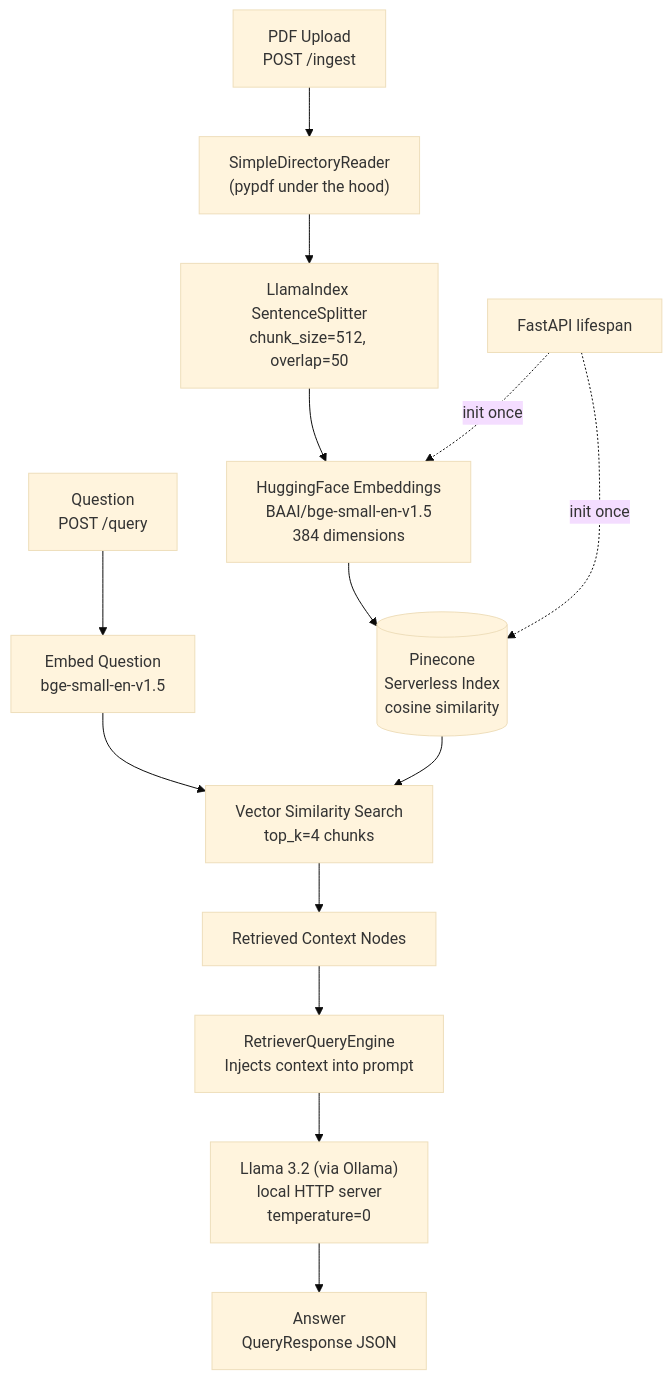
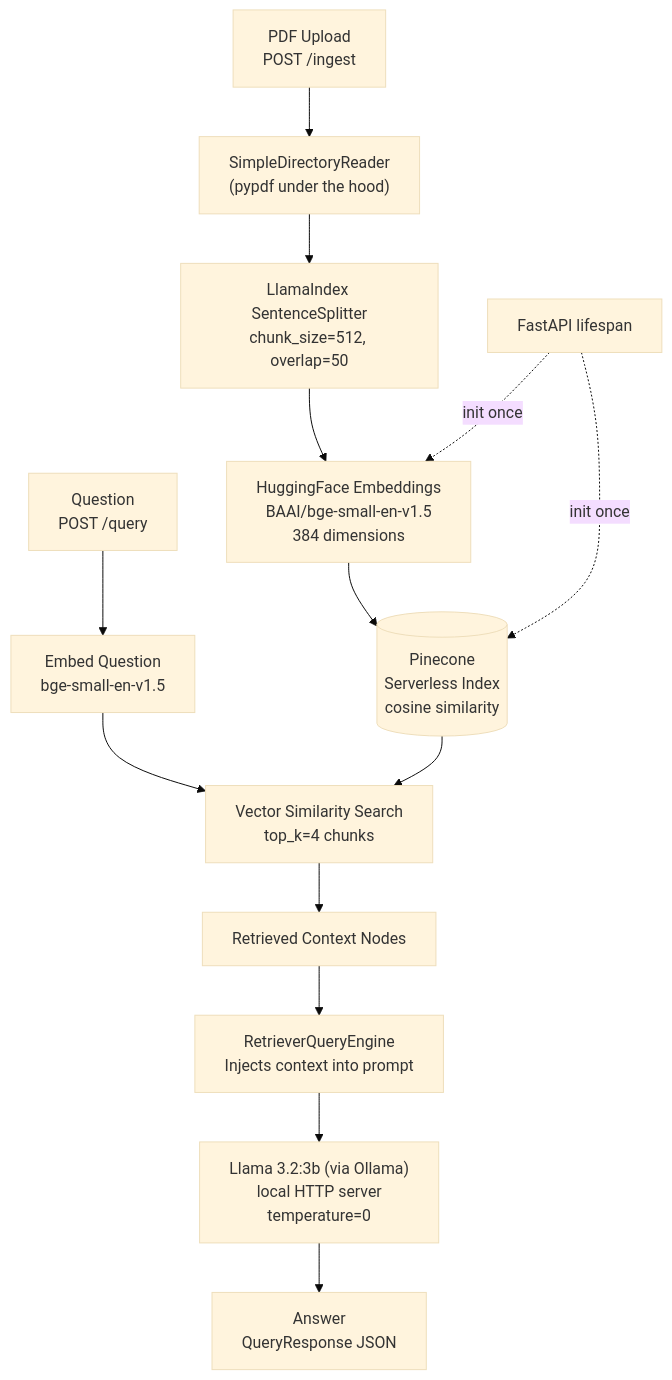
Before and after one commit to themoizqureshi/local-llm-rag-pinecone: the diagram in docs/architecture.md, drawn with Mermaid (base theme). The commit also changed other lines of this file and 5 other files, not shown here.

First line of the commit message:
fix: upgrade llama-index-llms-ollama for ollama 0.6.x compatibility

````diff
--- a/docs/architecture.md
+++ b/docs/architecture.md
@@ -5,18 +5,18 @@
 ```mermaid
 graph TD
     A["PDF Upload\nPOST /ingest"] --> B["SimpleDirectoryReader\n(pypdf under the hood)"]
     B --> C["LlamaIndex SentenceSplitter\nchunk_size=512, overlap=50"]
     C --> D["HuggingFace Embeddings\nBAAI/bge-small-en-v1.5\n384 dimensions"]
     D --> E[("Pinecone\nServerless Index\ncosine similarity")]
 
     F["Question\nPOST /query"] --> G["Embed Question\nbge-small-en-v1.5"]
     G --> H["Vector Similarity Search\ntop_k=4 chunks"]
     E --> H
     H --> I["Retrieved Context Nodes"]
     I --> J["RetrieverQueryEngine\nInjects context into prompt"]
-    J --> K["Llama 3.2 (via Ollama)\nlocal HTTP server\ntemperature=0"]
+    J --> K["Llama 3.2:3b (via Ollama)\nlocal HTTP server\ntemperature=0"]
     K --> L["Answer\nQueryResponse JSON"]
 
     M["FastAPI lifespan"] -.->|"init once"| D
     M -.->|"init once"| E
 ```
````
